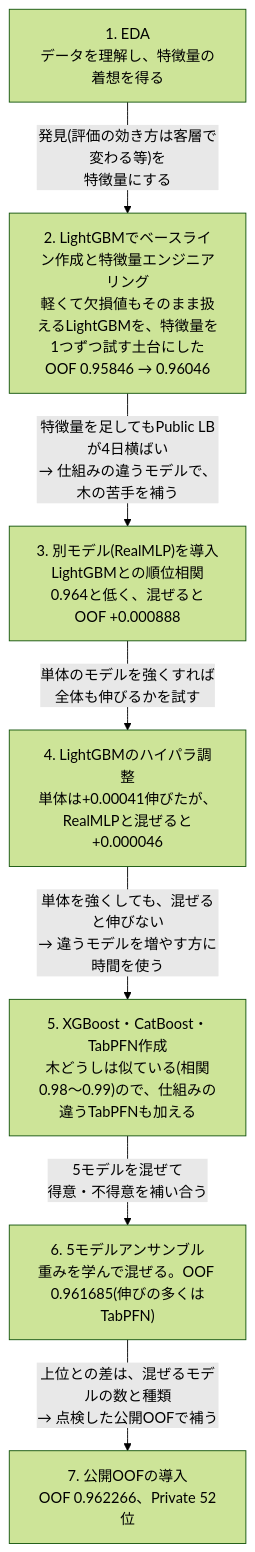
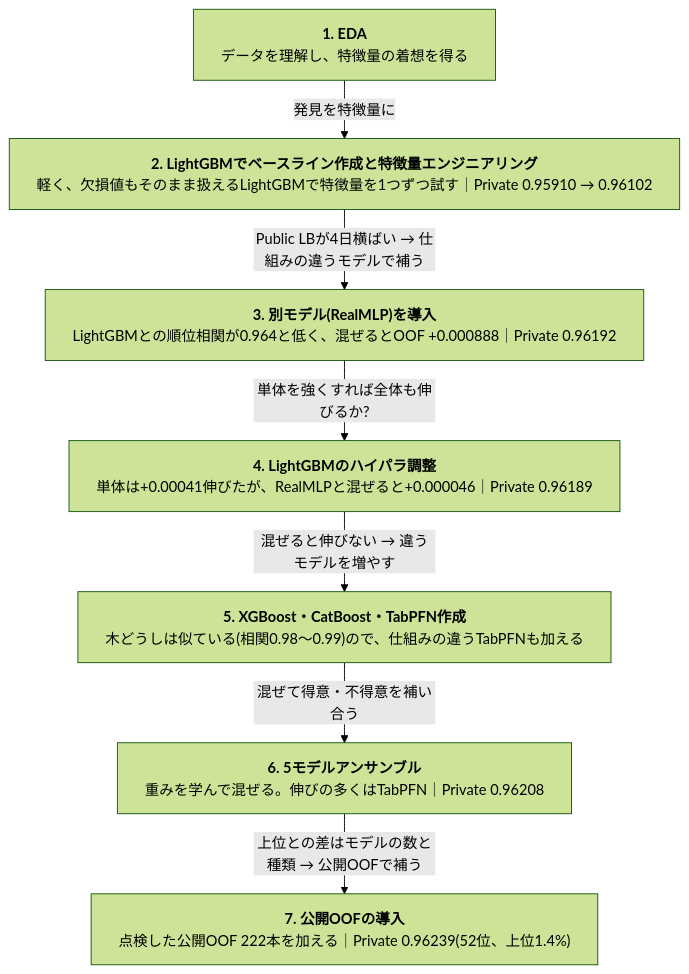
The first of 3 diagrams in README.md (aramaki5443-art/kaggle-s6e10-airline-satisfaction), drawn with Mermaid (forest theme) before and after one commit. The commit also changed other lines of this file, not shown here.

Commit message:
README: 進め方は横長の箱のフロー図だけに(箇条書きと表を削除)
Claude-Session: https://claude.ai/code/session_01W4XQw12fApd9PttvvKTwbS

````diff
--- a/README.md
+++ b/README.md
@@ -31,16 +21,22 @@
 ```mermaid
+---
+config:
+  flowchart:
+    wrappingWidth: 800
+    rankSpacing: 40
+---
 flowchart TD
-  S1["1. EDA<br>データを理解し、特徴量の着想を得る"]
-  S2["2. LightGBMでベースライン作成と特徴量エンジニアリング<br>軽くて欠損値もそのまま扱えるLightGBMを、特徴量を1つずつ試す土台にした<br>OOF 0.95846 → 0.96046"]
-  S3["3. 別モデル(RealMLP)を導入<br>LightGBMとの順位相関0.964と低く、混ぜるとOOF +0.000888"]
-  S4["4. LightGBMのハイパラ調整<br>単体は+0.00041伸びたが、RealMLPと混ぜると+0.000046"]
-  S5["5. XGBoost・CatBoost・TabPFN作成<br>木どうしは似ている(相関0.98〜0.99)ので、仕組みの違うTabPFNも加える"]
-  S6["6. 5モデルアンサンブル<br>重みを学んで混ぜる。OOF 0.961685(伸びの多くはTabPFN)"]
-  S7["7. 公開OOFの導入<br>OOF 0.962266、Private 52位"]
-  S1 -->|"発見(評価の効き方は客層で変わる等)を<br>特徴量にする"| S2
-  S2 -->|"特徴量を足してもPublic LBが4日横ばい<br>→ 仕組みの違うモデルで、木の苦手を補う"| S3
-  S3 -->|"単体のモデルを強くすれば<br>全体も伸びるかを試す"| S4
-  S4 -->|"単体を強くしても、混ぜると伸びない<br>→ 違うモデルを増やす方に時間を使う"| S5
-  S5 -->|"5モデルを混ぜて<br>得意・不得意を補い合う"| S6
-  S6 -->|"上位との差は、混ぜるモデルの数と種類<br>→ 点検した公開OOFで補う"| S7
+  S1["<b>1. EDA</b><br>データを理解し、特徴量の着想を得る"]
+  S2["<b>2. LightGBMでベースライン作成と特徴量エンジニアリング</b><br>軽く、欠損値もそのまま扱えるLightGBMで特徴量を1つずつ試す｜Private 0.95910 → 0.96102"]
+  S3["<b>3. 別モデル(RealMLP)を導入</b><br>LightGBMとの順位相関が0.964と低く、混ぜるとOOF +0.000888｜Private 0.96192"]
+  S4["<b>4. LightGBMのハイパラ調整</b><br>単体は+0.00041伸びたが、RealMLPと混ぜると+0.000046｜Private 0.96189"]
+  S5["<b>5. XGBoost・CatBoost・TabPFN作成</b><br>木どうしは似ている(相関0.98〜0.99)ので、仕組みの違うTabPFNも加える"]
+  S6["<b>6. 5モデルアンサンブル</b><br>重みを学んで混ぜる。伸びの多くはTabPFN｜Private 0.96208"]
+  S7["<b>7. 公開OOFの導入</b><br>点検した公開OOF 222本を加える｜Private 0.96239(52位、上位1.4%)"]
+  S1 -->|"発見を特徴量に"| S2
+  S2 -->|"Public LBが4日横ばい → 仕組みの違うモデルで補う"| S3
+  S3 -->|"単体を強くすれば全体も伸びるか?"| S4
+  S4 -->|"混ぜると伸びない → 違うモデルを増やす"| S5
+  S5 -->|"混ぜて得意・不得意を補い合う"| S6
+  S6 -->|"上位との差はモデルの数と種類 → 公開OOFで補う"| S7
 ```
````
